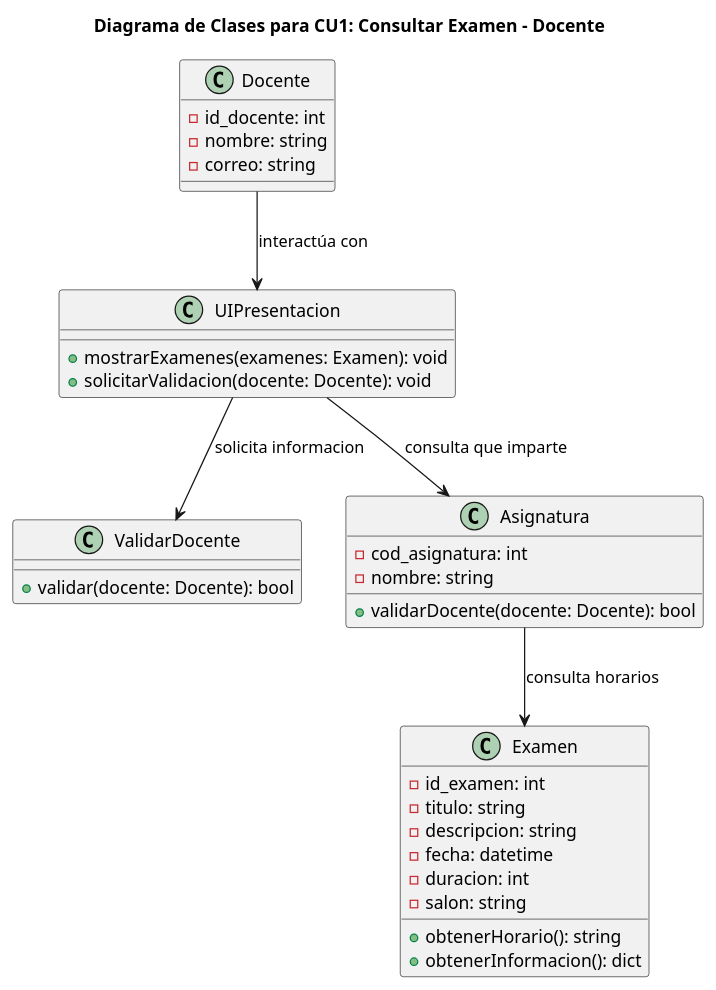
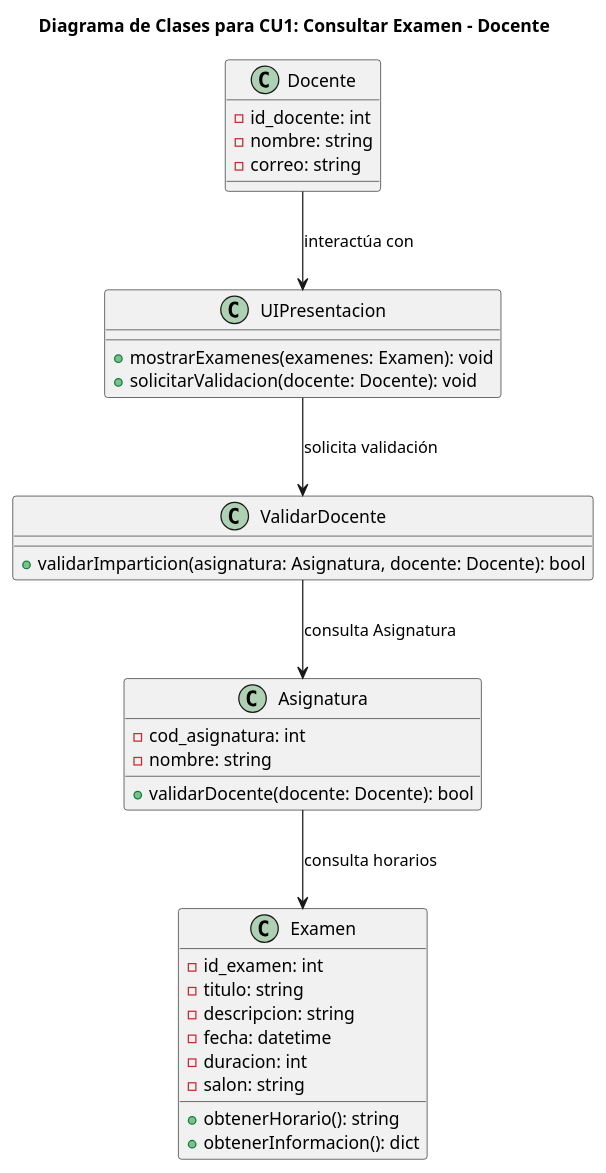
The diagram in Diagramas/DCS_CU1_consultar_examen_docente.wsd (EdwinGuevarahub/Ingenieria-de-software-I), drawn with PlantUML before and after one commit. The commit also changed 7 other files, not shown here.

Commit message:
Add CU6 diagrams * generalization of the use case for the actors(student and teacher) - Update validarEstudiante and ValidarDocente classes methods on related diagrams

```diff
--- a/Diagramas/DCS_CU1_consultar_examen_docente.wsd
+++ b/Diagramas/DCS_CU1_consultar_examen_docente.wsd
@@ -1,40 +1,40 @@
 @startuml CU1
 title Diagrama de Clases para CU1: Consultar Examen - Docente
 
 class Docente {
     - id_docente: int
     - nombre: string
     - correo: string
 }
 
 class UIPresentacion {
     + mostrarExamenes(examenes: Examen): void
     + solicitarValidacion(docente: Docente): void
 }
 
 class ValidarDocente {
-    + validar(docente: Docente): bool
+    + validarImparticion(asignatura: Asignatura, docente: Docente): bool
 }
 
 class Asignatura {
     - cod_asignatura: int
     - nombre: string
     + validarDocente(docente: Docente): bool
 }
 
 class Examen {
     - id_examen: int
     - titulo: string
     - descripcion: string
     - fecha: datetime
     - duracion: int
     - salon: string
     + obtenerHorario(): string
     + obtenerInformacion(): dict
 }
 
 Docente --> UIPresentacion : "interactúa con"
-UIPresentacion --> ValidarDocente : "solicita informacion"
-UIPresentacion --> Asignatura : "consulta que imparte"
+UIPresentacion --> ValidarDocente : "solicita validación"
+ValidarDocente --> Asignatura : "consulta Asignatura"
 Asignatura --> Examen: "consulta horarios"
 @enduml
```
